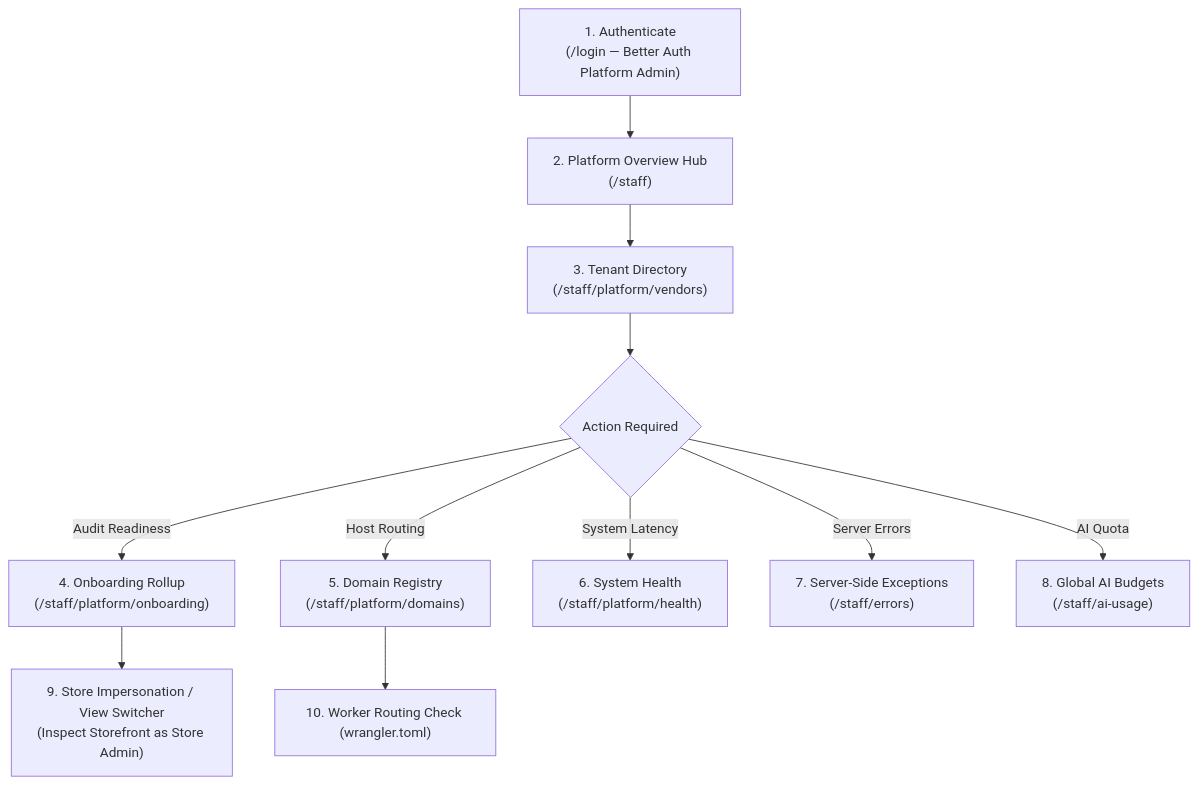
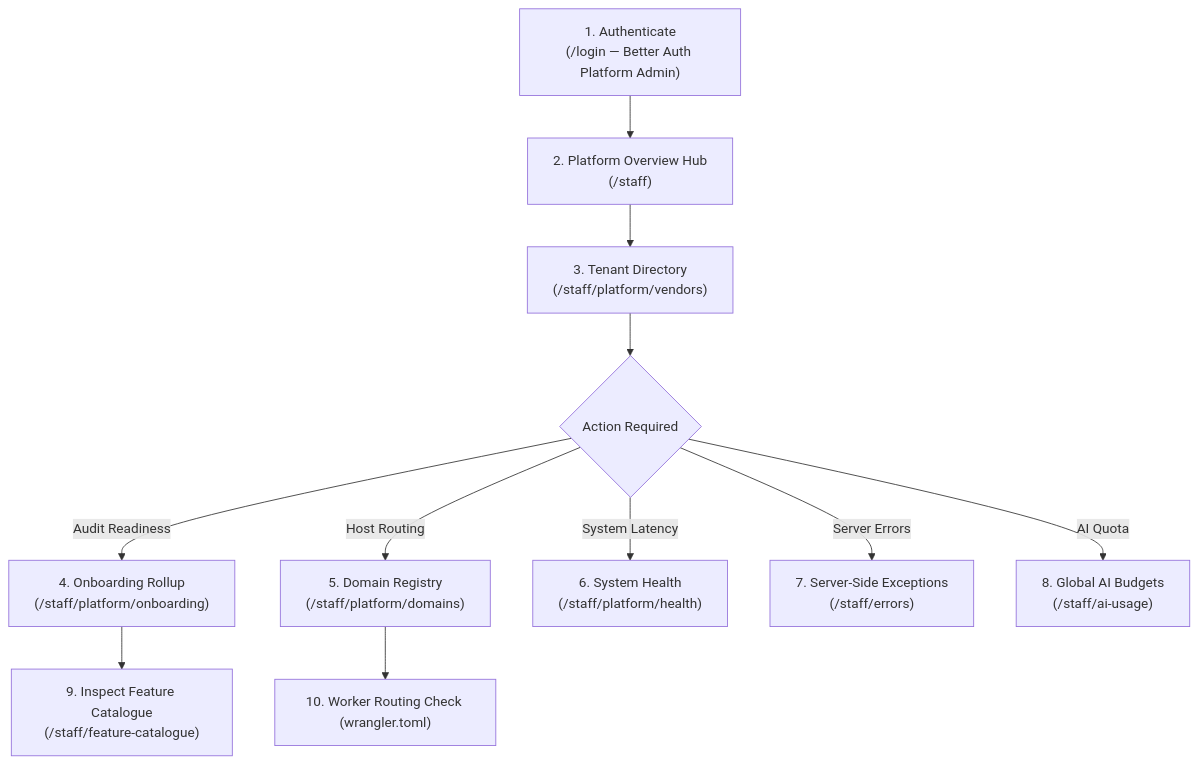
The first of 6 diagrams in docs/client-help-centre/user-journeys.md (sriahead/aheed-online-store), drawn with Mermaid before and after one commit. The commit also changed other lines of this file and 17 other files, not shown here.

Commit message:
feat(storefront, admin, help): feedback demo visibility, delete custom theme, role journeys (#1385)

````diff
--- a/docs/client-help-centre/user-journeys.md
+++ b/docs/client-help-centre/user-journeys.md
@@ -30,13 +30,13 @@
 ```mermaid
 flowchart TD
     PA1["1. Authenticate<br/>(/login — Better Auth Platform Admin)"] --> PA2["2. Platform Overview Hub<br/>(/staff)"]
     PA2 --> PA3["3. Tenant Directory<br/>(/staff/platform/vendors)"]
     PA3 --> PA4{"Action Required"}
     PA4 -->|"Audit Readiness"| PA5["4. Onboarding Rollup<br/>(/staff/platform/onboarding)"]
     PA4 -->|"Host Routing"| PA6["5. Domain Registry<br/>(/staff/platform/domains)"]
     PA4 -->|"System Latency"| PA7["6. System Health<br/>(/staff/platform/health)"]
     PA4 -->|"Server Errors"| PA8["7. Server-Side Exceptions<br/>(/staff/errors)"]
     PA4 -->|"AI Quota"| PA9["8. Global AI Budgets<br/>(/staff/ai-usage)"]
-    PA5 --> PA10["9. Store Impersonation / View Switcher<br/>(Inspect Storefront as Store Admin)"]
+    PA5 --> PA10["9. Inspect Feature Catalogue<br/>(/staff/feature-catalogue)"]
     PA6 --> PA11["10. Worker Routing Check (wrangler.toml)"]
 ```
````
